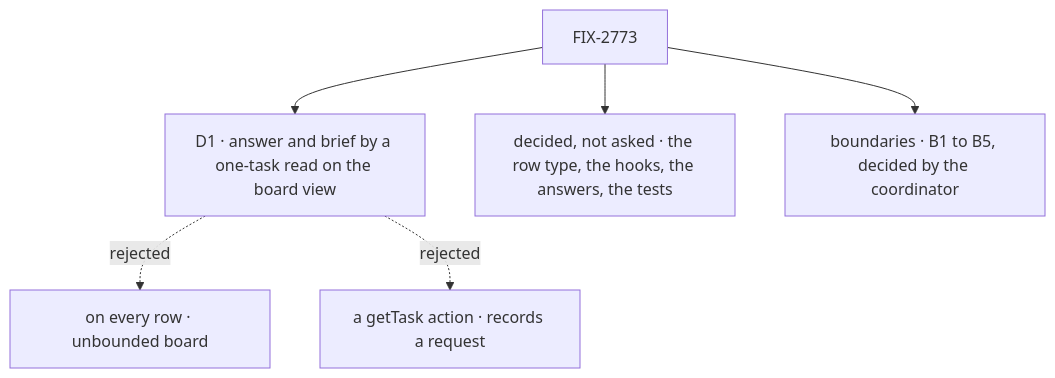
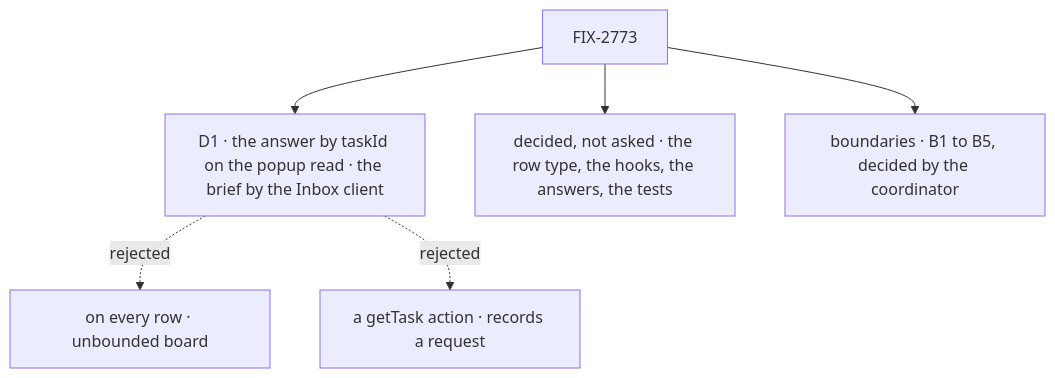
The diagram in specs/issues/FIX-2773/DECISIONS.md (fixpoint-labs/flow-state-dev), drawn with Mermaid before and after one commit. The commit also changed other lines of this file and 3 other files, not shown here.

First line of the commit message:
spec(FIX-2773): a re-run reads its brief whole; the popup's read carries the answer

````diff
--- a/specs/issues/FIX-2773/DECISIONS.md
+++ b/specs/issues/FIX-2773/DECISIONS.md
@@ -12,8 +12,8 @@
 ```mermaid
 flowchart TD
-  E["FIX-2773"] --> D1["D1 · answer and brief by a one-task read on the board view"]
+  E["FIX-2773"] --> D1["D1 · the answer by taskId on the popup read · the brief by the Inbox client"]
   D1 -.->|"rejected"| X1["on every row · unbounded board"]
   D1 -.->|"rejected"| X2["a getTask action · records a request"]
   E --> K["decided, not asked · the row type, the hooks, the answers, the tests"]
   E --> B["boundaries · B1 to B5, decided by the coordinator"]
 ```
````
